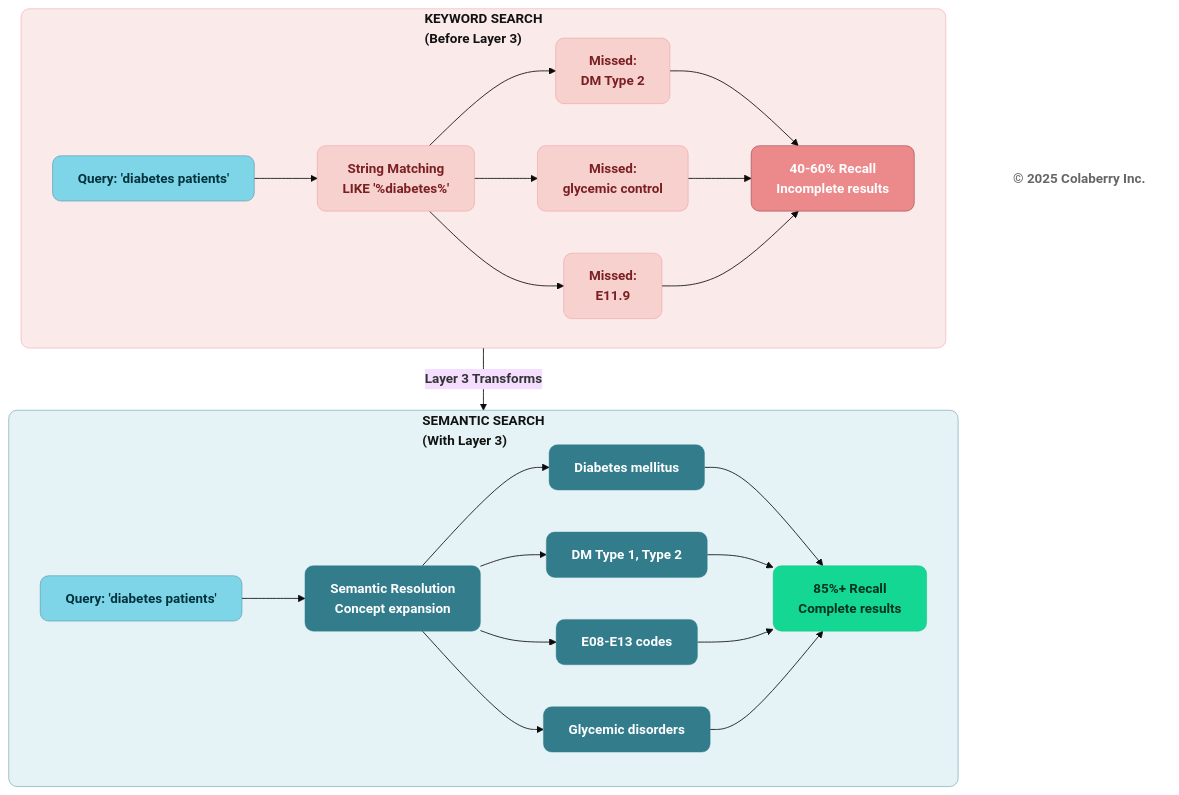
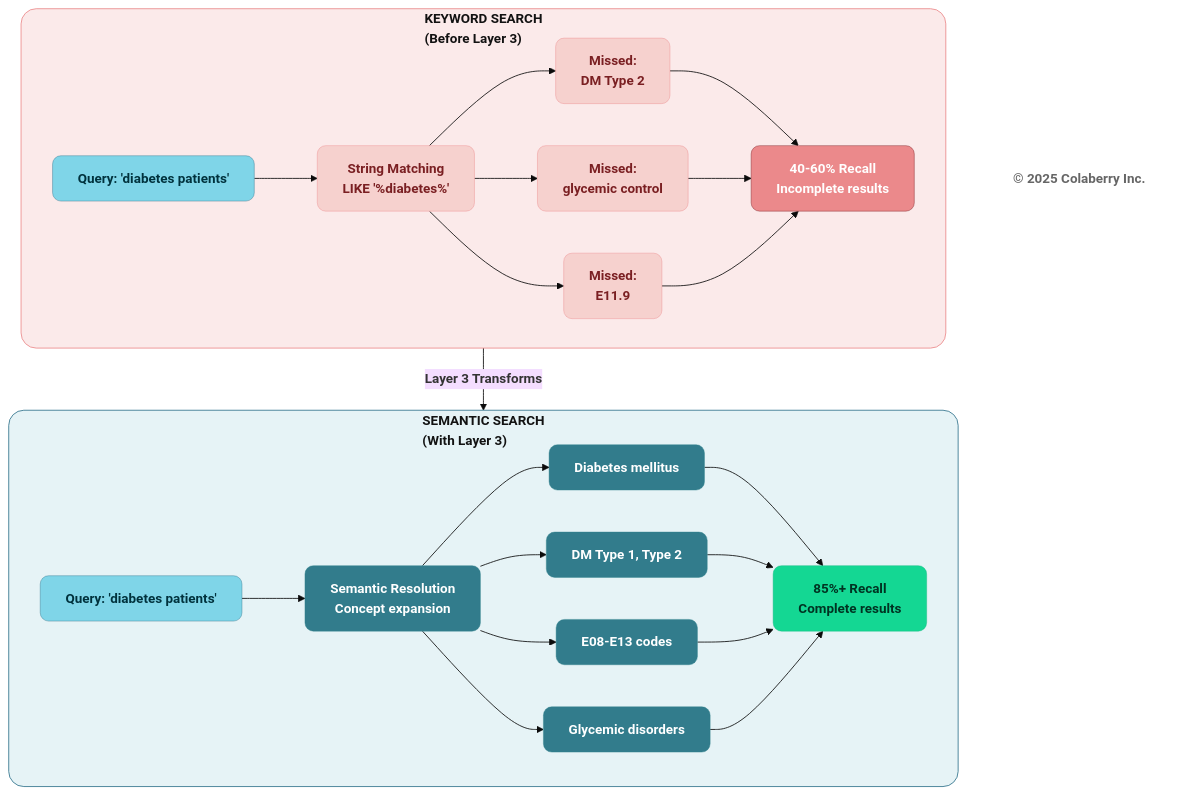
The sixth of 13 diagrams in manuscript/06_chapter_5_intelligence_layers.md (saitejesh-cyber/trust-before-intelligence-book), drawn with Mermaid (base theme) before and after one commit. The commit also changed other lines of this file and 12 other files, not shown here.

````diff
--- a/manuscript/06_chapter_5_intelligence_layers.md
+++ b/manuscript/06_chapter_5_intelligence_layers.md
@@ -448,49 +448,49 @@
 ```mermaid
 graph TB
     subgraph KEYWORD["<b>KEYWORD SEARCH<br/> (Before Layer 3)</b>"]
         direction LR
         K_Q["<b>Query: 'diabetes patients'</b>"] --> K_MATCH["<b>String Matching</b><br/><b>LIKE '%diabetes%'</b>"]
         K_MATCH --> K_MISS1["<b>Missed:<br/> DM Type 2</b>"]
         K_MATCH --> K_MISS2["<b>Missed:<br/> glycemic control</b>"]
         K_MATCH --> K_MISS3["<b>Missed:<br/> E11.9</b>"]
         K_MISS1 --> K_RESULT["<b>40-60% Recall</b><br/><b>Incomplete results</b>"]
         K_MISS2 --> K_RESULT
         K_MISS3 --> K_RESULT
     end
     
     KEYWORD -->|<b>Layer 3 Transforms</b>| SEMANTIC
     
     subgraph SEMANTIC["<b>SEMANTIC SEARCH<br/>(With Layer 3)</b>"]
         direction LR
         S_Q["<b>Query: 'diabetes patients'</b>"] --> S_RESOLVE["<b>Semantic Resolution</b><br/><b>Concept expansion</b>"]
         S_RESOLVE --> S_HIT1["<b>Diabetes mellitus</b>"]
         S_RESOLVE --> S_HIT2["<b>DM Type 1, Type 2</b>"]
         S_RESOLVE --> S_HIT3["<b>E08-E13 codes</b>"]
         S_RESOLVE --> S_HIT4["<b>Glycemic disorders</b>"]
         S_HIT1 --> S_RESULT["<b>85%+ Recall</b><br/><b>Complete results</b>"]
         S_HIT2 --> S_RESULT
         S_HIT3 --> S_RESULT
         S_HIT4 --> S_RESULT
     end
     
     Copyright["<b>© 2025 Colaberry Inc.</b>"]
     
-    style KEYWORD fill:#FBEAEA,stroke:#EB898B,stroke-width:0.5px,color:#121212,rx:10,ry:10
+    style KEYWORD fill:#FBEAEA,stroke:#EB898B,stroke-width:1px,color:#121212,rx:18,ry:18
     style K_Q fill:#7FD5E8,stroke:#32738C,stroke-width:0.5px,color:#00323D,rx:10,ry:10
     style K_MATCH fill:#F6D1CE,stroke:#EB898B,stroke-width:0.5px,color:#7A1F22,rx:10,ry:10
     style K_MISS1 fill:#F6D1CE,stroke:#EB898B,stroke-width:0.5px,color:#7A1F22,rx:10,ry:10
     style K_MISS2 fill:#F6D1CE,stroke:#EB898B,stroke-width:0.5px,color:#7A1F22,rx:10,ry:10
     style K_MISS3 fill:#F6D1CE,stroke:#EB898B,stroke-width:0.5px,color:#7A1F22,rx:10,ry:10
     style K_RESULT fill:#EB898B,color:#ffffff,stroke:#7A1F22,stroke-width:0.5px,rx:10,ry:10
     
-    style SEMANTIC fill:#E6F3F6,stroke:#32738C,stroke-width:0.5px,color:#121212,rx:10,ry:10
+    style SEMANTIC fill:#E6F3F6,stroke:#32738C,stroke-width:1px,color:#121212,rx:18,ry:18
     style S_Q fill:#7FD5E8,stroke:#32738C,stroke-width:0.5px,color:#00323D,rx:10,ry:10
     style S_RESOLVE fill:#327C8C,stroke:#30838C,stroke-width:0.5px,color:#ffffff,rx:10,ry:10
     style S_HIT1 fill:#327C8C,stroke:#30838C,stroke-width:0.5px,color:#ffffff,rx:10,ry:10
     style S_HIT2 fill:#327C8C,stroke:#30838C,stroke-width:0.5px,color:#ffffff,rx:10,ry:10
     style S_HIT3 fill:#327C8C,stroke:#30838C,stroke-width:0.5px,color:#ffffff,rx:10,ry:10
     style S_HIT4 fill:#327C8C,stroke:#30838C,stroke-width:0.5px,color:#ffffff,rx:10,ry:10
     style S_RESULT fill:#14D793,color:#003322,stroke:#0FB67D,stroke-width:0.5px,rx:10,ry:10
     
     style Copyright fill:none,stroke:none,color:#666666
 ```
````
